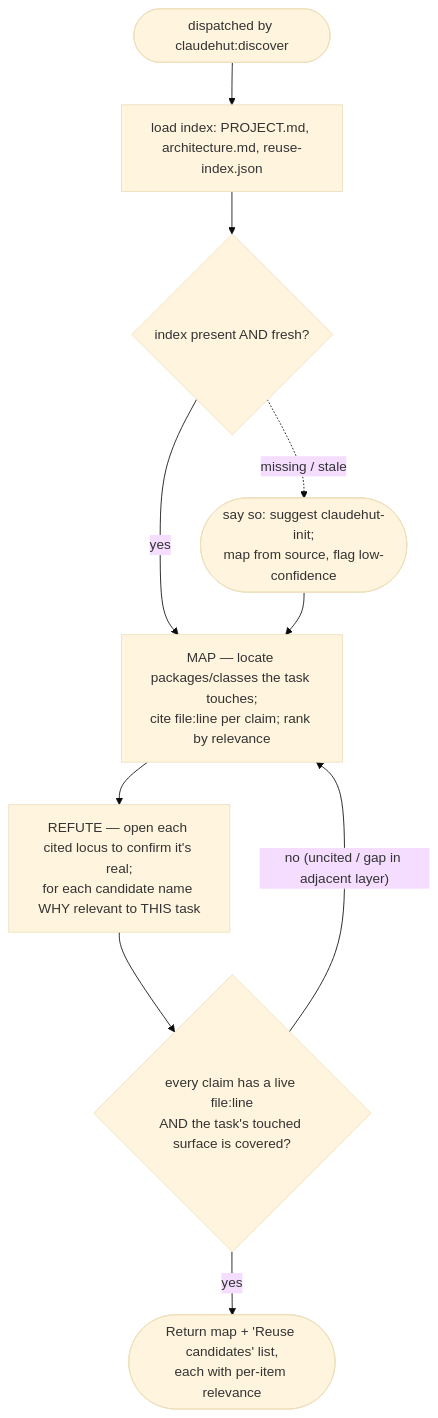
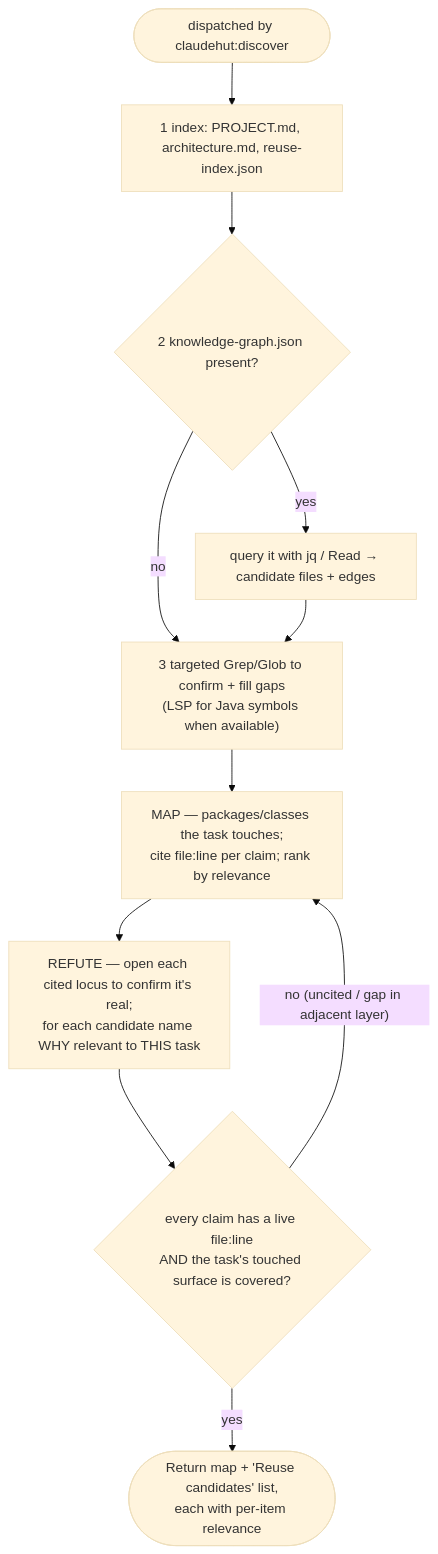
Before and after one commit to taipt1504/claudehut: the diagram in agents/claudehut-explorer.md, drawn with Mermaid (base theme). The commit also changed other lines of this file and 51 other files, not shown here.

````diff
--- a/agents/claudehut-explorer.md
+++ b/agents/claudehut-explorer.md
@@ -16,12 +16,13 @@
 ```mermaid
 flowchart TB
-    a([dispatched by claudehut:discover]) --> idx["load index: PROJECT.md, architecture.md, reuse-index.json"]
-    idx --> stale{"index present AND fresh?"}
-    stale -. "missing / stale" .-> esc([say so: suggest claudehut-init;<br/>map from source, flag low-confidence])
-    stale -- "yes" --> map["MAP — locate packages/classes the task touches;<br/>cite file:line per claim; rank by relevance"]
-    esc --> map
+    a([dispatched by claudehut:discover]) --> idx["1 index: PROJECT.md, architecture.md, reuse-index.json"]
+    idx --> kg{"2 knowledge-graph.json present?"}
+    kg -- "yes" --> q["query it with jq / Read → candidate files + edges"]
+    kg -- "no" --> g
+    q --> g["3 targeted Grep/Glob to confirm + fill gaps<br/>(LSP for Java symbols when available)"]
+    g --> map["MAP — packages/classes the task touches;<br/>cite file:line per claim; rank by relevance"]
     map --> crit["REFUTE — open each cited locus to confirm it's real;<br/>for each candidate name WHY relevant to THIS task"]
     crit --> conv{"every claim has a live file:line<br/>AND the task's touched surface is covered?"}
     conv -- "no (uncited / gap in adjacent layer)" --> map
     conv -- "yes" --> out([Return map + 'Reuse candidates' list,<br/>each with per-item relevance])
 ```
````
